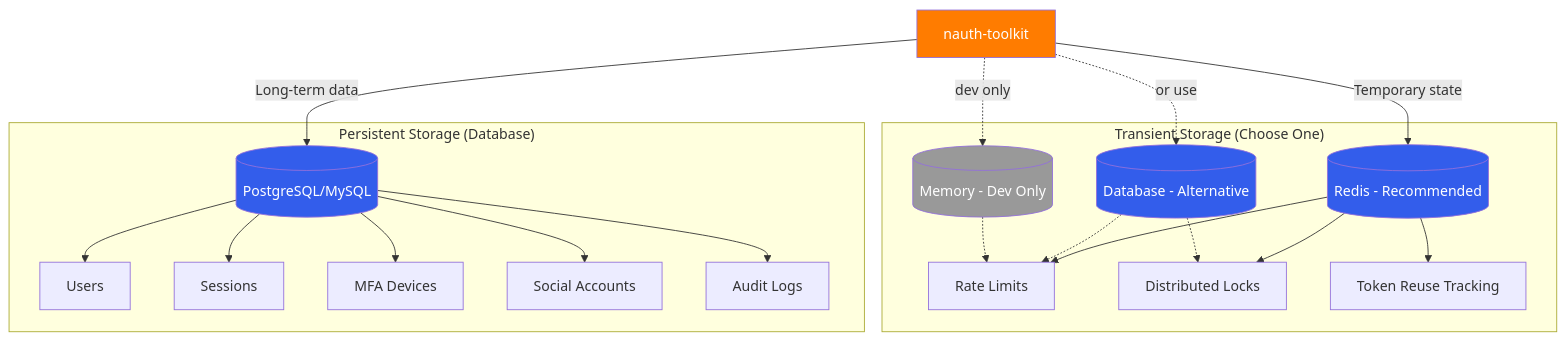
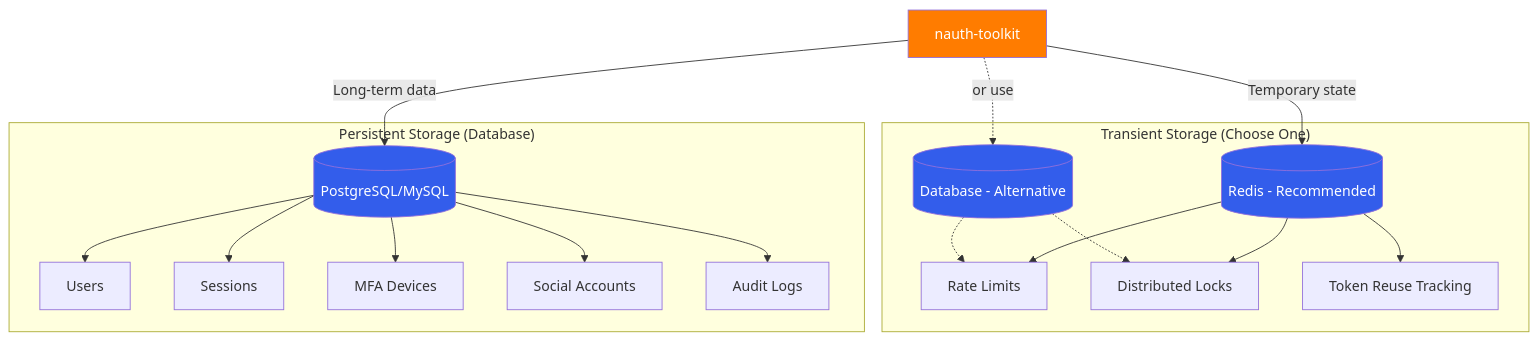
One commit to noorixorg/nauth-toolkit changed the diagram in nauth-docs/docs/concepts/storage.md. Above: the diagram before and after it, drawn with Mermaid. The commit also changed other lines of this file and 67 other files, not shown here.

````diff
--- a/nauth-docs/docs/concepts/storage.md
+++ b/nauth-docs/docs/concepts/storage.md
@@ -16,46 +16,42 @@
 ```mermaid
 graph TB
     NAuth[nauth-toolkit]
 
     subgraph "Persistent Storage (Database)"
         DB[(PostgreSQL/MySQL)]
         Users[Users]
         Sessions[Sessions]
         MFA[MFA Devices]
         Social[Social Accounts]
         Audit[Audit Logs]
     end
 
     subgraph "Transient Storage (Choose One)"
         Redis[(Redis - Recommended)]
         DBStorage[(Database - Alternative)]
-        Memory[(Memory - Dev Only)]
         RateLimit[Rate Limits]
         Locks[Distributed Locks]
         TokenTrack[Token Reuse Tracking]
     end
 
     NAuth -->|Long-term data| DB
     NAuth -->|Temporary state| Redis
     NAuth -.->|or use| DBStorage
-    NAuth -.->|dev only| Memory
 
     DB --> Users
     DB --> Sessions
     DB --> MFA
     DB --> Social
     DB --> Audit
 
     Redis --> RateLimit
     Redis --> Locks
     Redis --> TokenTrack
     DBStorage -.-> RateLimit
     DBStorage -.-> Locks
-    Memory -.-> RateLimit
 
     style NAuth fill:#ff7c00,color:#fff
     style DB fill:#335deb,color:#fff
     style Redis fill:#335deb,color:#fff
     style DBStorage fill:#335deb,color:#fff
-    style Memory fill:#999,color:#fff
 ```
````
